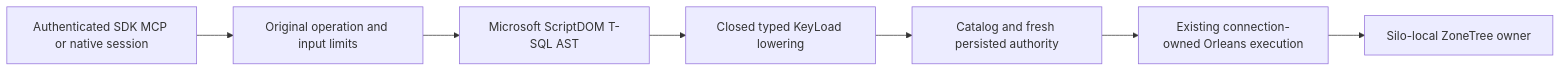
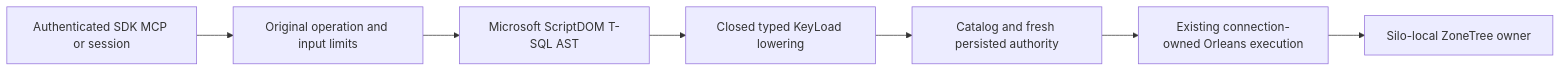
One commit to managedcode/KeyLoad changed the diagram in docs/ADR/ADR-130-microsoft-scriptdom-tsql.md. Above: the diagram before and after it, drawn with Mermaid. The commit also changed other lines of this file and 9016 other files, not shown here.

````diff
--- a/docs/ADR/ADR-130-microsoft-scriptdom-tsql.md
+++ b/docs/ADR/ADR-130-microsoft-scriptdom-tsql.md
@@ -17,9 +17,9 @@
 ```mermaid
 flowchart LR
-    Caller[Authenticated SDK MCP or native session] --> Bounds[Original operation and input limits]
+    Caller[Authenticated SDK MCP or session] --> Bounds[Original operation and input limits]
     Bounds --> Parser[Microsoft ScriptDOM T-SQL AST]
     Parser --> Lower[Closed typed KeyLoad lowering]
     Lower --> Bind[Catalog and fresh persisted authority]
     Bind --> Orleans[Existing connection-owned Orleans execution]
     Orleans --> Host[Silo-local ZoneTree owner]
 ```
````
